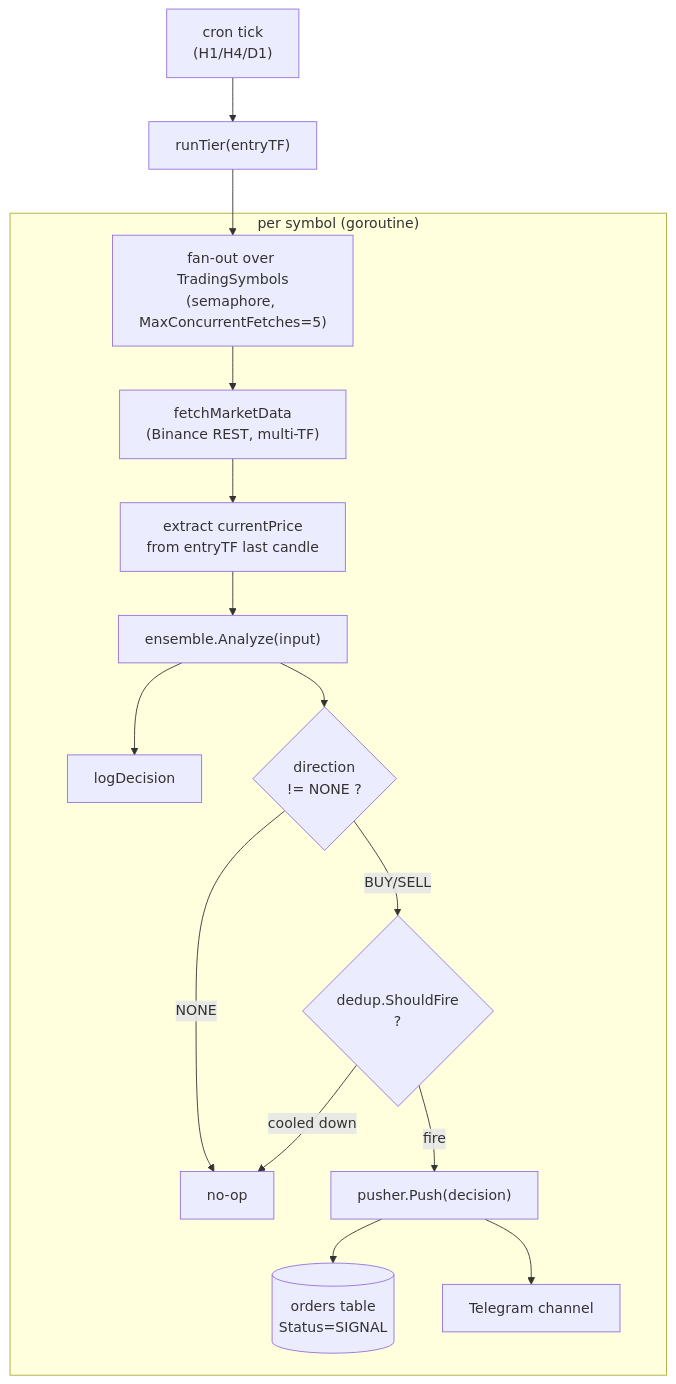
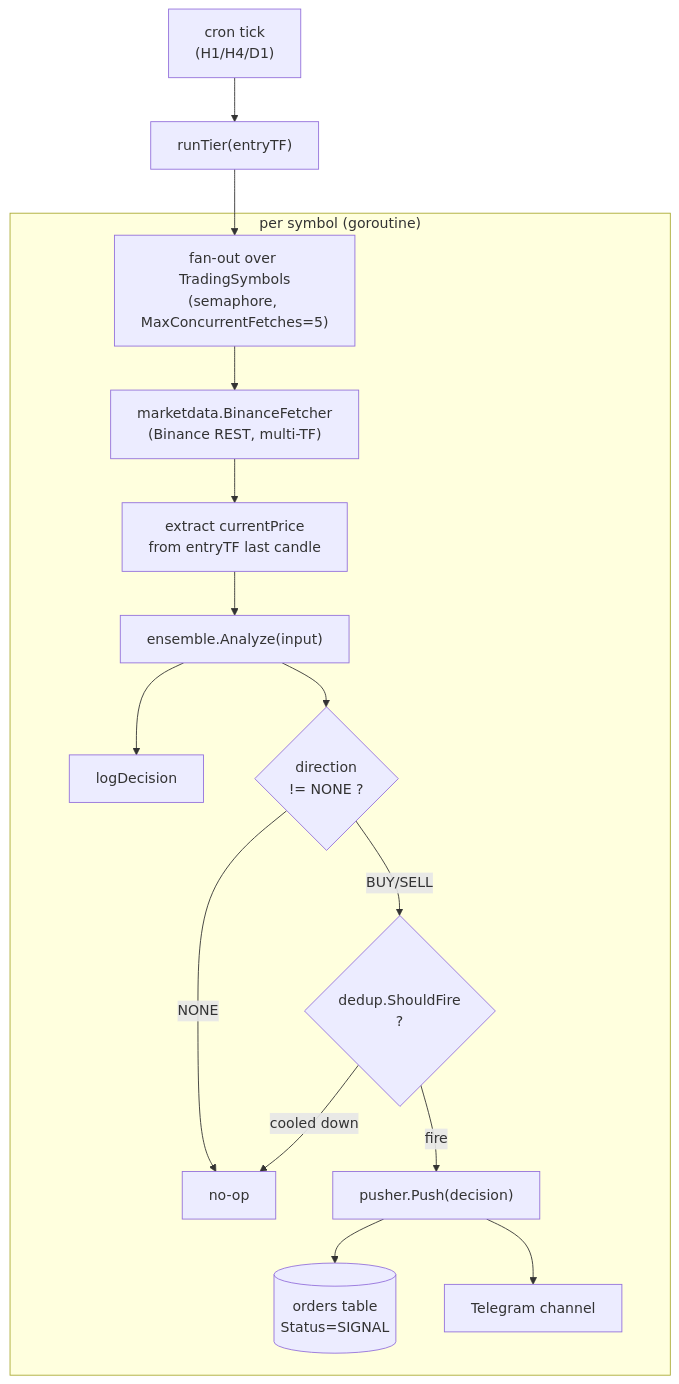
The first of 2 diagrams in .agent/cron-signal-module.md (johnnguyenit39/llm-trading), drawn with Mermaid before and after one commit. The commit also changed other lines of this file and 15 other files, not shown here.

````diff
--- a/.agent/cron-signal-module.md
+++ b/.agent/cron-signal-module.md
@@ -56,20 +56,20 @@
 ```mermaid
 flowchart TD
   CRON["cron tick<br/>(H1/H4/D1)"] --> RUN["runTier(entryTF)"]
   RUN --> FAN["fan-out over TradingSymbols<br/>(semaphore, MaxConcurrentFetches=5)"]
 
   subgraph perSymbol ["per symbol (goroutine)"]
-    FAN --> FETCH["fetchMarketData<br/>(Binance REST, multi-TF)"]
+    FAN --> FETCH["marketdata.BinanceFetcher<br/>(Binance REST, multi-TF)"]
     FETCH --> PRICE["extract currentPrice<br/>from entryTF last candle"]
     PRICE --> ANALYZE["ensemble.Analyze(input)"]
 
     ANALYZE --> LOG["logDecision"]
     ANALYZE --> HAS{"direction<br/>!= NONE ?"}
     HAS -->|NONE| END["no-op"]
     HAS -->|BUY/SELL| DEDUP{"dedup.ShouldFire<br/>?"}
     DEDUP -->|cooled down| END
     DEDUP -->|fire| PUSH["pusher.Push(decision)"]
     PUSH --> DB[("orders table<br/>Status=SIGNAL")]
     PUSH --> TG["Telegram channel"]
   end
 ```
````
